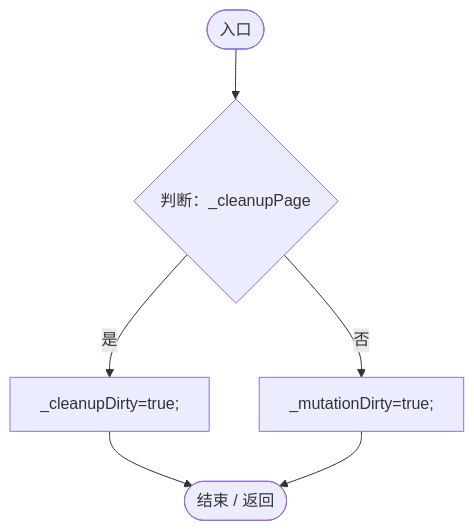
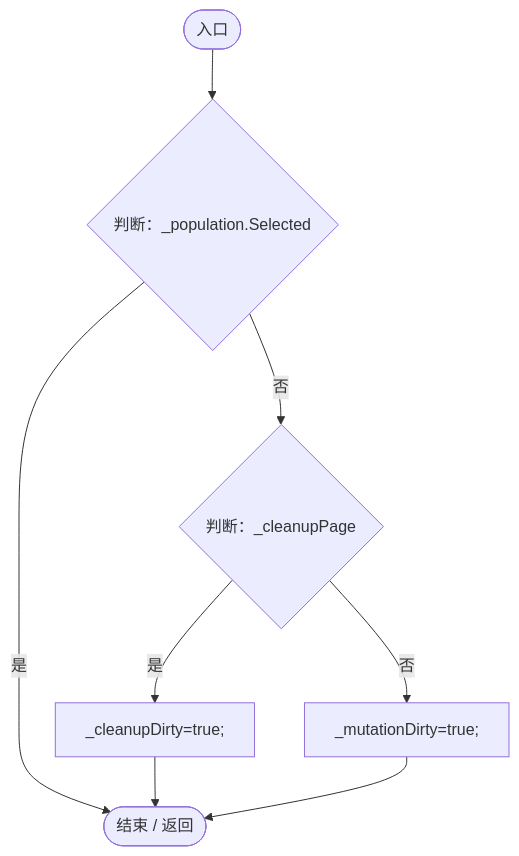
Diagram 17 of 26 in Docs/运行流程图/脚本/92d59cd12a5696c3.md (xhs6666/Darwin_paradise), drawn with Mermaid before and after one commit. The commit also changed other lines of this file and 114 other files, not shown here.

````diff
--- a/Docs/运行流程图/脚本/92d59cd12a5696c3.md
+++ b/Docs/运行流程图/脚本/92d59cd12a5696c3.md
@@ -381,14 +442,17 @@
 ```mermaid
 flowchart TD
   b0(["入口"])
-  b1{"判断：_cleanupPage"}
-  b2["_cleanupDirty=true;"]
-  b3["_mutationDirty=true;"]
-  b4(["结束 / 返回"])
+  b1{"判断：_population.Selected"}
+  b2{"判断：_cleanupPage"}
+  b3["_cleanupDirty=true;"]
+  b4["_mutationDirty=true;"]
+  b5(["结束 / 返回"])
   b0 --> b1
-  b1 -->|"是"| b2
-  b1 -->|"否"| b3
-  b2 --> b4
-  b3 --> b4
+  b1 -->|"是"| b5
+  b1 -->|"否"| b2
+  b2 -->|"是"| b3
+  b2 -->|"否"| b4
+  b3 --> b5
+  b4 --> b5
 
 ```
````
